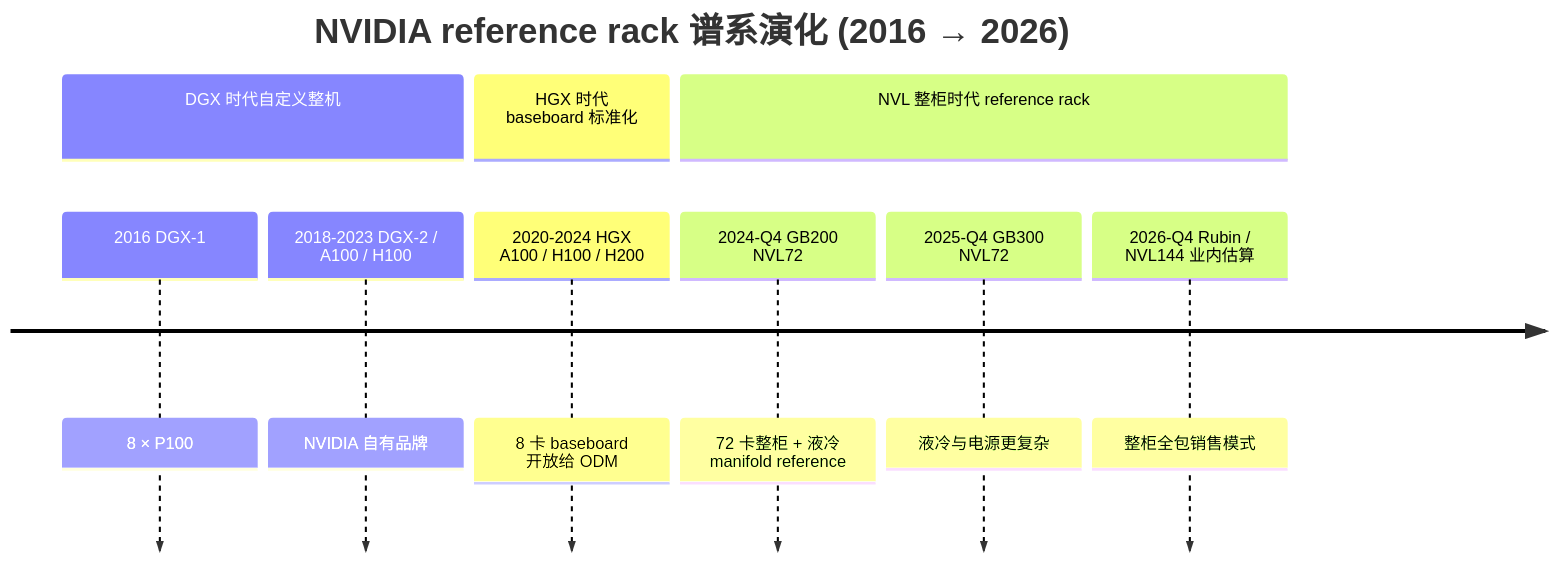
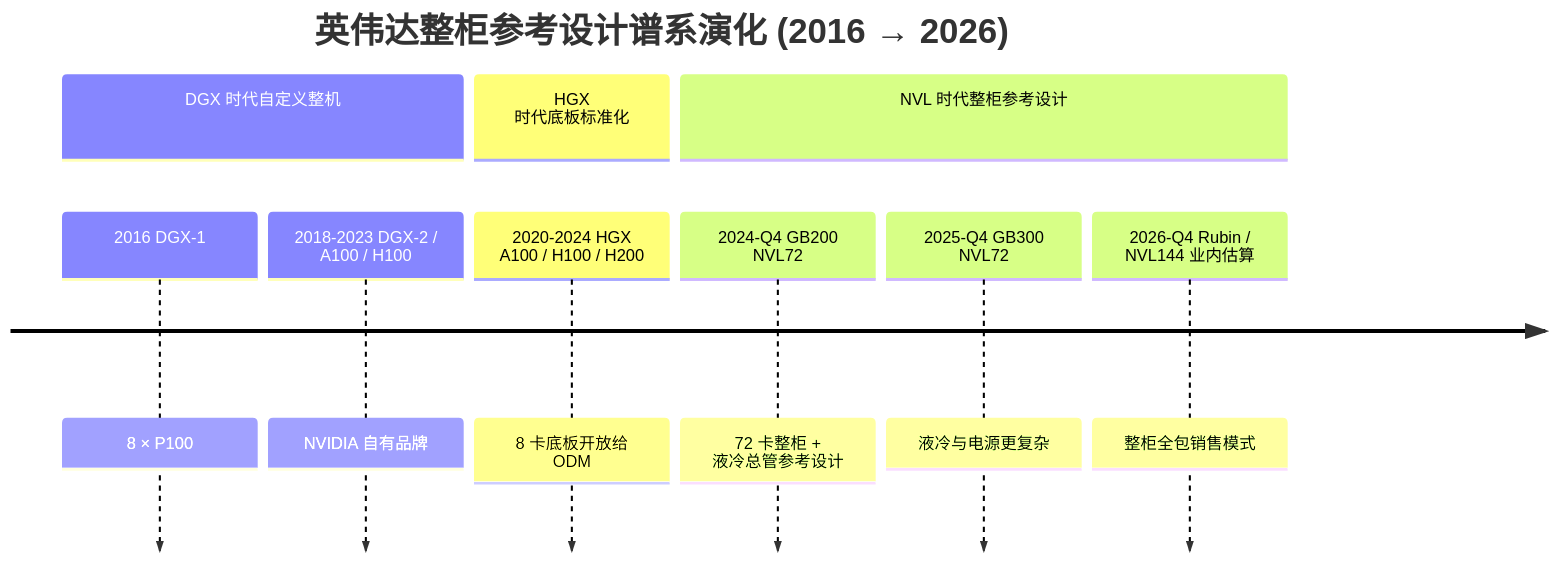
One commit to diguike/book-compute-economics changed the sixth of 7 diagrams in book/09-server-rack/README.md. Above: the diagram before and after it, drawn with Mermaid. The commit also changed other lines of this file and 1 other file, not shown here.

Commit message:
book/07-09: 硬件英文术语中文化 — reference rack→整柜参考设计、compute/switch tray→计算/交换托盘、manifold→液冷总管、cold plate→冷板、sled→电源托架、baseboard→底板、NVLink domain→互连域、superchip→超级芯片、Tier 2→二线云厂（首现保留英文括注，产品专名不译）；修复 SMCI/超微电脑重复、台积电叠字、telecom 2.0 笔误；飞书两章已同步并回填 last_synced

````diff
--- a/book/09-server-rack/README.md
+++ b/book/09-server-rack/README.md
@@ -251,13 +251,13 @@
 ```mermaid
 timeline
-    title NVIDIA reference rack 谱系演化 (2016 → 2026)
+    title 英伟达整柜参考设计谱系演化 (2016 → 2026)
     section DGX 时代自定义整机
         2016 DGX-1 : 8 × P100
         2018-2023 DGX-2 / A100 / H100 : NVIDIA 自有品牌
-    section HGX 时代 baseboard 标准化
-        2020-2024 HGX A100 / H100 / H200 : 8 卡 baseboard 开放给 ODM
-    section NVL 整柜时代 reference rack
-        2024-Q4 GB200 NVL72 : 72 卡整柜 + 液冷 manifold reference
+    section HGX 时代底板标准化
+        2020-2024 HGX A100 / H100 / H200 : 8 卡底板开放给 ODM
+    section NVL 时代整柜参考设计
+        2024-Q4 GB200 NVL72 : 72 卡整柜 + 液冷总管参考设计
         2025-Q4 GB300 NVL72 : 液冷与电源更复杂
         2026-Q4 Rubin / NVL144 业内估算 : 整柜全包销售模式
 ```
````
